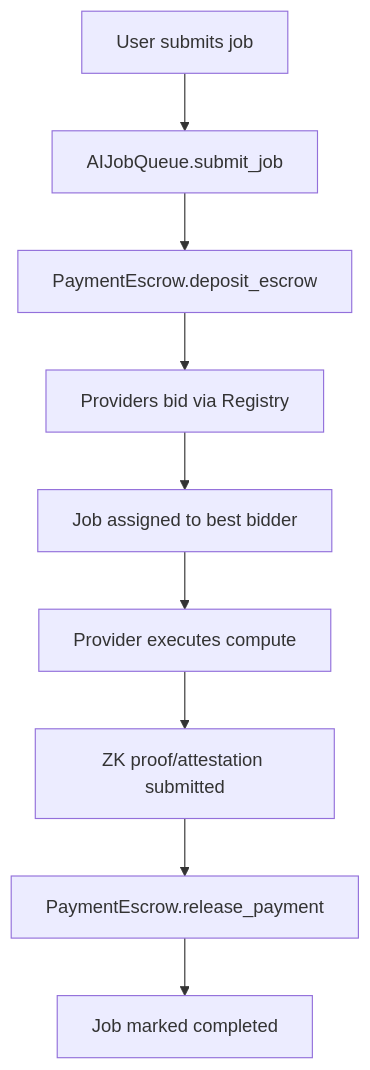
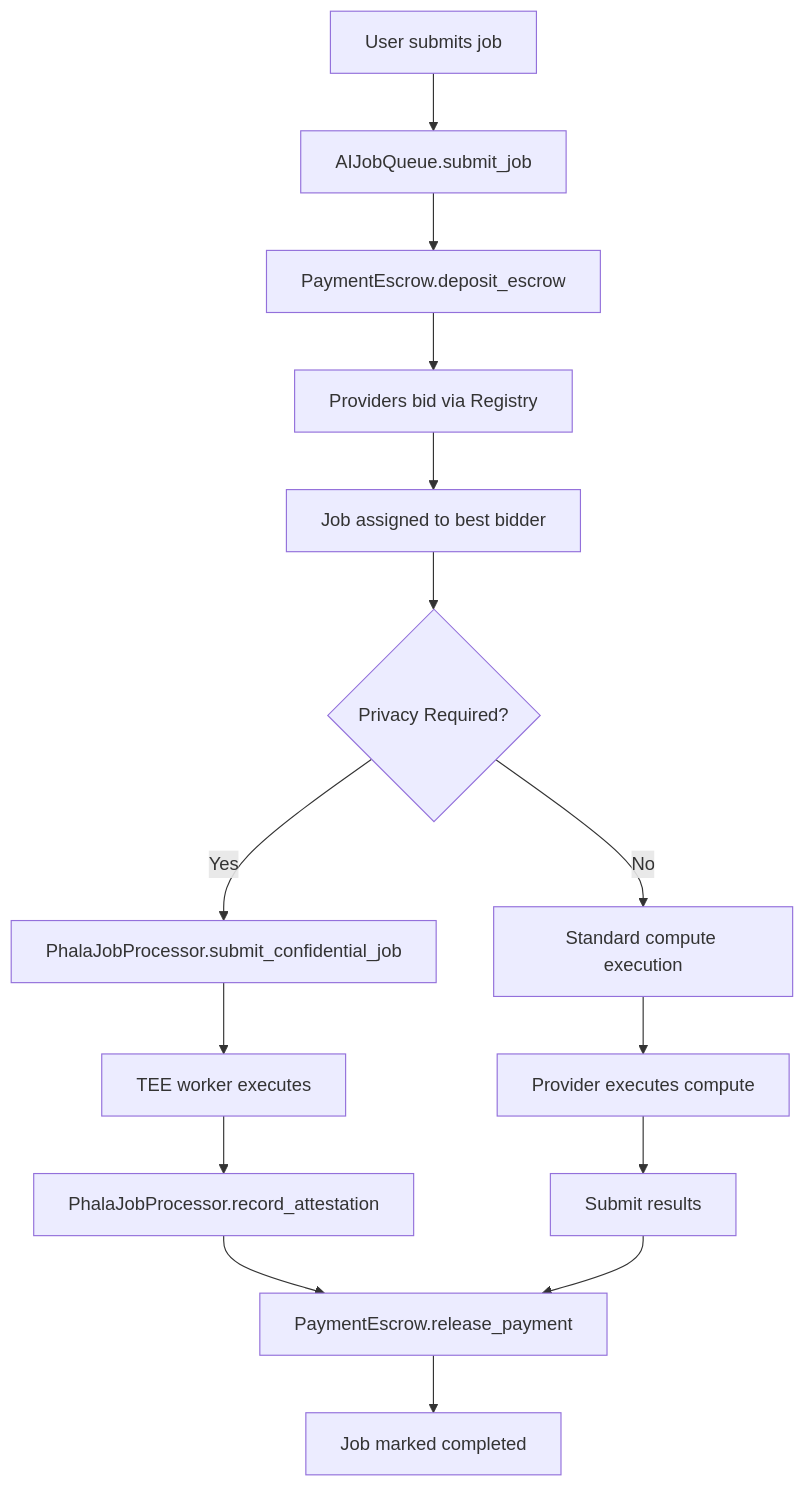
Before and after one commit to PolkaMesh/PolkaMesh-Contracts: the first of 4 diagrams in README.md, drawn with Mermaid. The commit also changed other lines of this file, not shown here.

Commit message:
Update README.md to reflect new contract architecture and features; add Phala Job Processor and MEV Protection details

````diff
--- a/README.md
+++ b/README.md
@@ -142,11 +223,17 @@
 ```mermaid
 graph TD
     A[User submits job] --> B[AIJobQueue.submit_job]
     B --> C[PaymentEscrow.deposit_escrow]
     C --> D[Providers bid via Registry]
     D --> E[Job assigned to best bidder]
-    E --> F[Provider executes compute]
-    F --> G[ZK proof/attestation submitted]
-    G --> H[PaymentEscrow.release_payment]
-    H --> I[Job marked completed]
+    E --> F{Privacy Required?}
+    F -->|Yes| G[PhalaJobProcessor.submit_confidential_job]
+    F -->|No| H[Standard compute execution]
+    G --> I[TEE worker executes]
+    H --> J[Provider executes compute]
+    I --> K[PhalaJobProcessor.record_attestation]
+    J --> L[Submit results]
+    K --> M[PaymentEscrow.release_payment]
+    L --> M
+    M --> N[Job marked completed]
 ```
````
